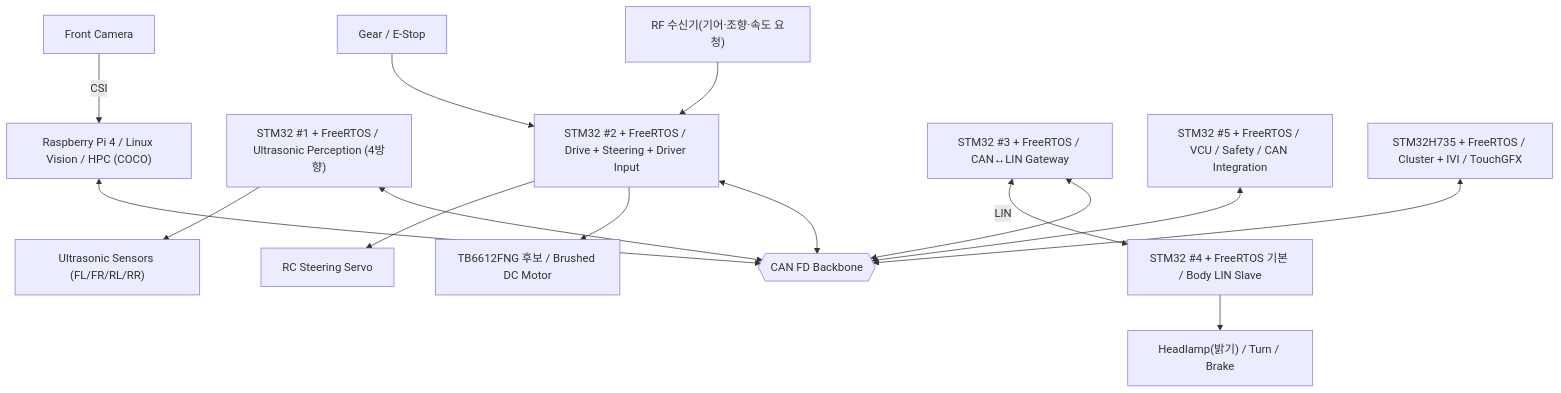
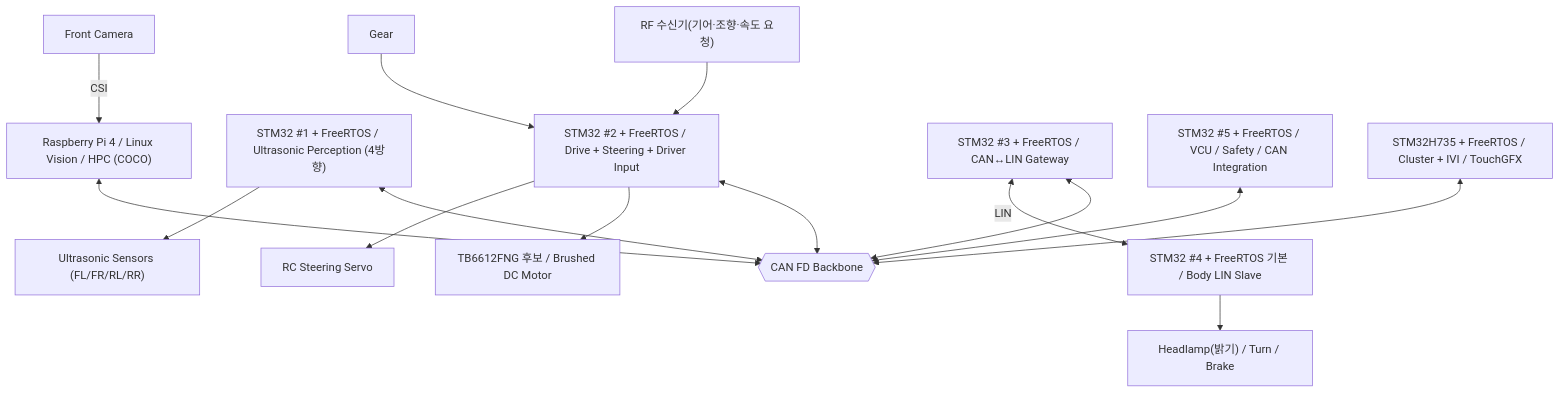
One commit to sunmaan22/SDV_MCU_Project changed the second of 2 diagrams in docs/overview/PROJECT_OVERVIEW.md. Above: the diagram before and after it, drawn with Mermaid. The commit also changed other lines of this file and 9 other files, not shown here.

````diff
--- a/docs/overview/PROJECT_OVERVIEW.md
+++ b/docs/overview/PROJECT_OVERVIEW.md
@@ -184,23 +186,23 @@
 ```mermaid
 flowchart TB
     FCAM["Front Camera"] -->|"CSI"| HPC["Raspberry Pi 4 / Linux Vision / HPC (COCO)"]
 
     CAN{{"CAN FD Backbone"}}
     HPC <--> CAN
 
     USS["STM32 #1 + FreeRTOS / Ultrasonic Perception (4방향)"] <--> CAN
     DRIVE["STM32 #2 + FreeRTOS / Drive + Steering + Driver Input"] <--> CAN
     GW["STM32 #3 + FreeRTOS / CAN↔LIN Gateway"] <--> CAN
     VCU["STM32 #5 + FreeRTOS / VCU / Safety / CAN Integration"] <--> CAN
     COCKPIT["STM32H735 + FreeRTOS / Cluster + IVI / TouchGFX"] <--> CAN
 
     USS --> US["Ultrasonic Sensors (FL/FR/RL/RR)"]
     DRIVE --> TB["TB6612FNG 후보 / Brushed DC Motor"]
     DRIVE --> SERVO["RC Steering Servo"]
     DRIVERIN["RF 수신기(기어·조향·속도 요청)"] --> DRIVE
 
     GW <-->|"LIN"| BODY["STM32 #4 + FreeRTOS 기본 / Body LIN Slave"]
     BODY --> LIGHT["Headlamp(밝기) / Turn / Brake"]
 
-    GEAR["Gear / E-Stop"] --> DRIVE
+    GEAR["Gear"] --> DRIVE
 ```
````
